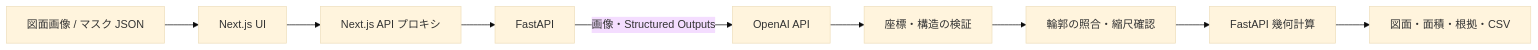
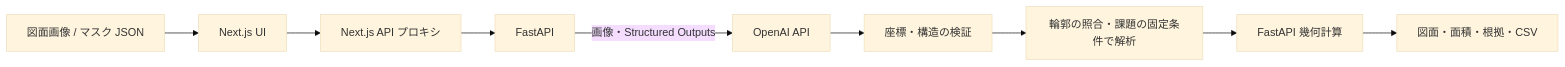
One commit to Kimurist2024/KKG-kadai changed the diagram in floorplan-analyzer/docs/architecture.md. Above: the diagram before and after it, drawn with Mermaid (base theme). The commit also changed 12 other files, not shown here.

````diff
--- a/floorplan-analyzer/docs/architecture.md
+++ b/floorplan-analyzer/docs/architecture.md
@@ -14,11 +14,11 @@
 ```mermaid
 flowchart LR
   U[図面画像 / マスク JSON] --> N[Next.js UI]
   N --> P[Next.js API プロキシ]
   P --> F[FastAPI]
   F -->|画像・Structured Outputs| O[OpenAI API]
   O --> V[座標・構造の検証]
-  V --> H[輪郭の照合・縮尺確認]
+  V --> H[輪郭の照合・課題の固定条件で解析]
   H --> G[FastAPI 幾何計算]
   G --> R[図面・面積・根拠・CSV]
 ```
````
